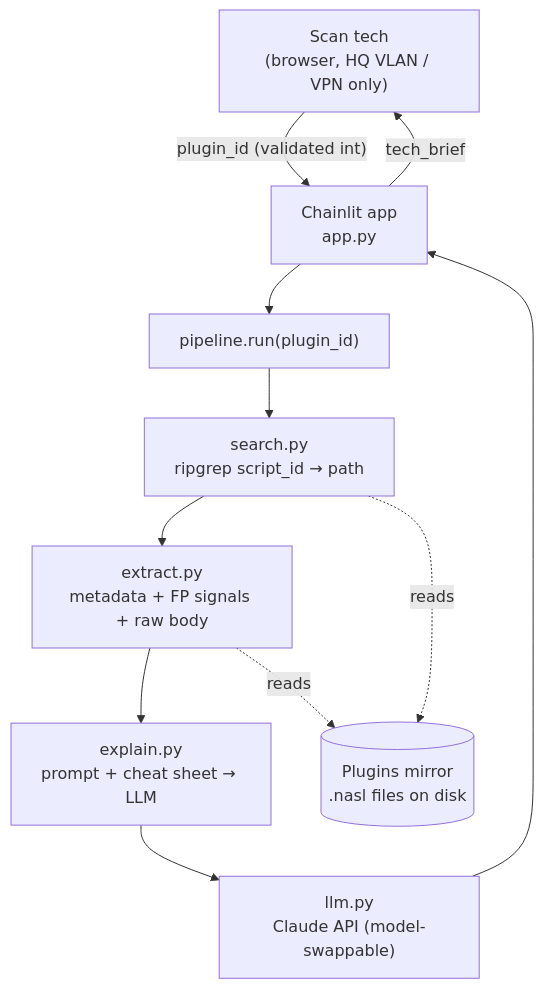
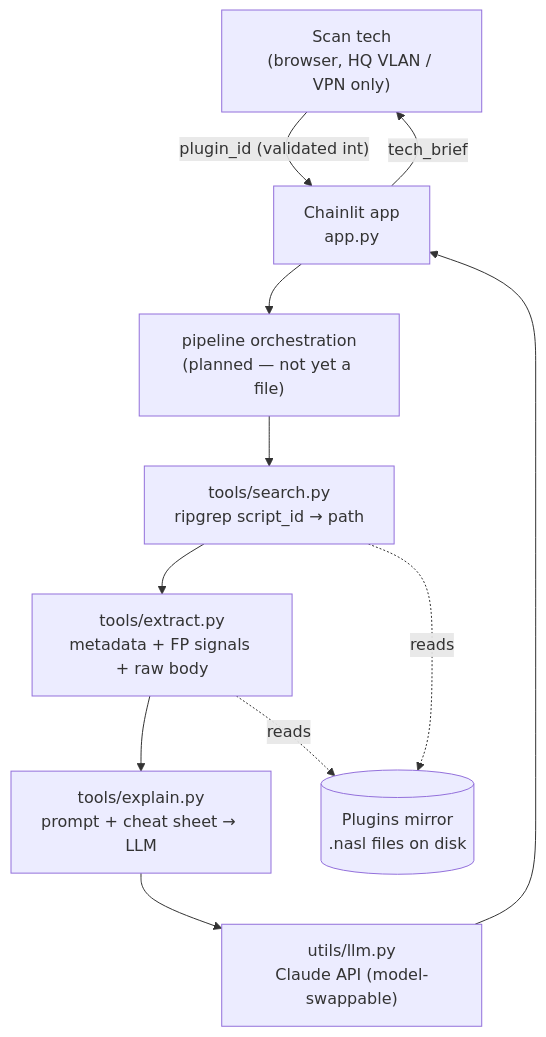
Before and after one commit to landontbell-sm/Scan-Agent: the first of 2 diagrams in docs/ARCHITECTURE.md, drawn with Mermaid. The commit also changed other lines of this file and 5 other files, not shown here.

Commit message:
docs and architecture

````diff
--- a/docs/ARCHITECTURE.md
+++ b/docs/ARCHITECTURE.md
@@ -19,13 +19,13 @@
 ```mermaid
 flowchart TD
     tech["Scan tech<br/>(browser, HQ VLAN / VPN only)"] -->|"plugin_id (validated int)"| ui["Chainlit app<br/>app.py"]
-    ui --> pipe["pipeline.run(plugin_id)"]
-    pipe --> search["search.py<br/>ripgrep script_id → path"]
-    search --> extract["extract.py<br/>metadata + FP signals + raw body"]
-    extract --> explain["explain.py<br/>prompt + cheat sheet → LLM"]
-    explain --> llm["llm.py<br/>Claude API (model-swappable)"]
+    ui --> pipe["pipeline orchestration<br/>(planned — not yet a file)"]
+    pipe --> search["tools/search.py<br/>ripgrep script_id → path"]
+    search --> extract["tools/extract.py<br/>metadata + FP signals + raw body"]
+    extract --> explain["tools/explain.py<br/>prompt + cheat sheet → LLM"]
+    explain --> llm["utils/llm.py<br/>Claude API (model-swappable)"]
     search -.reads.-> mirror[("Plugins mirror<br/>.nasl files on disk")]
     extract -.reads.-> mirror
     llm --> ui
     ui -->|tech_brief| tech
 ```
````
